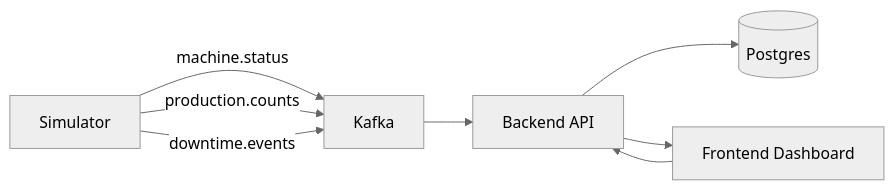
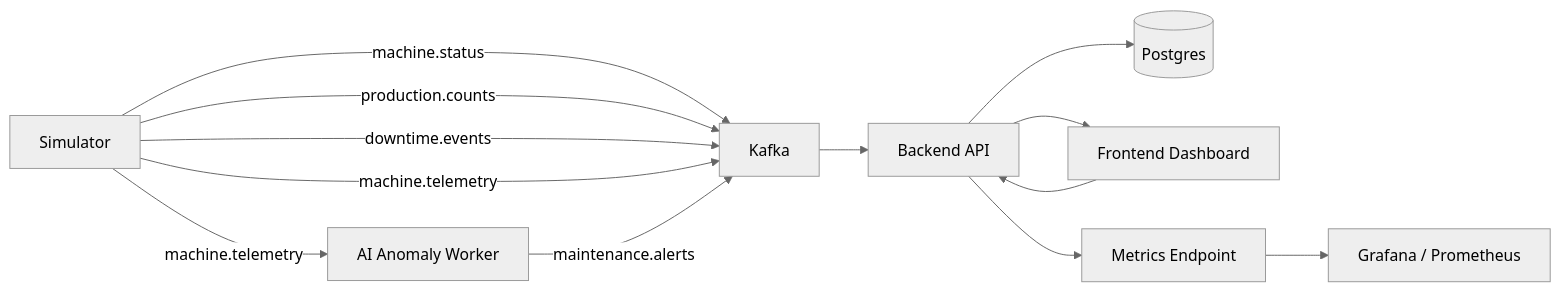
One commit to parthoece/fabiq-smart-factory changed the diagram in docs/project-architecture.md. Above: the diagram before and after it, drawn with Mermaid (neutral theme). The commit also changed other lines of this file and 33 other files, not shown here.

````diff
--- a/docs/project-architecture.md
+++ b/docs/project-architecture.md
@@ -5,10 +5,15 @@
 ```mermaid
 flowchart LR
     A[Simulator] -->|machine.status| K[Kafka]
     A -->|production.counts| K
     A -->|downtime.events| K
+    A -->|machine.telemetry| K
     K --> B[Backend API]
     B --> P[(Postgres)]
     B --> F[Frontend Dashboard]
+    A -->|machine.telemetry| W[AI Anomaly Worker]
+    W -->|maintenance.alerts| K
+    B --> M[Metrics Endpoint]
+    M --> G[Grafana / Prometheus]
     F --> B
 ```
````
